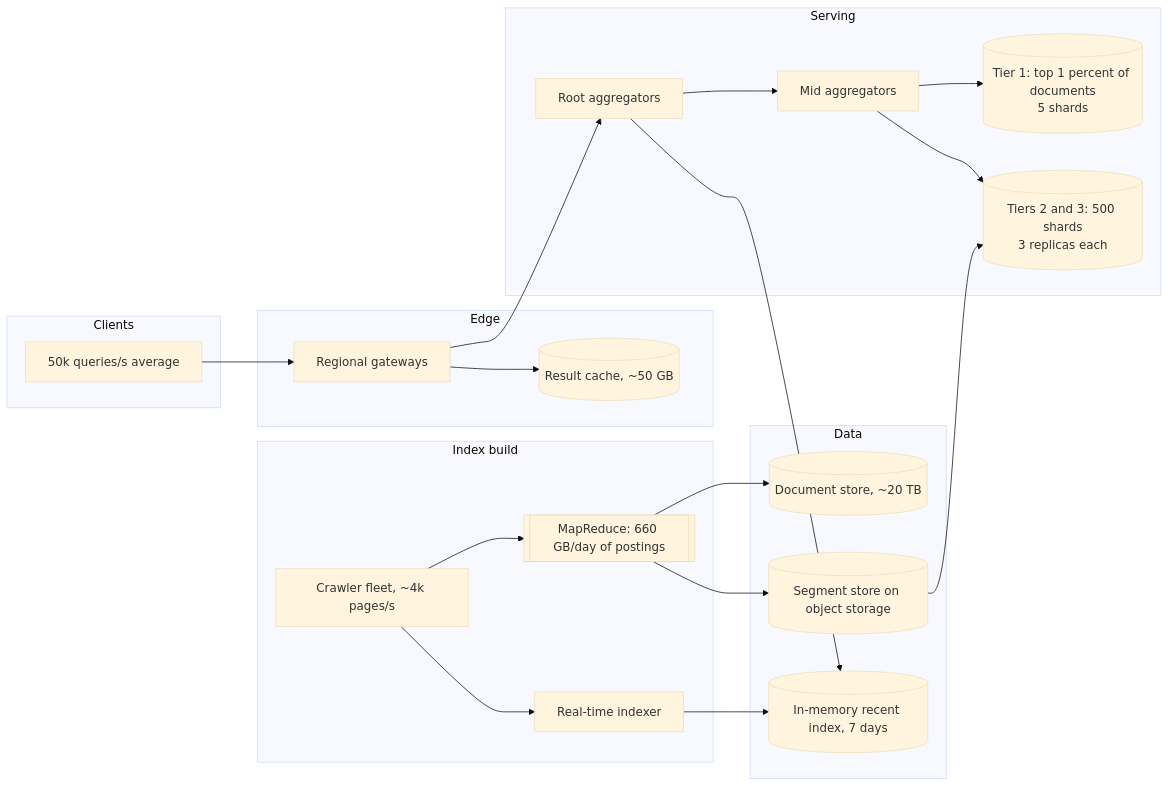
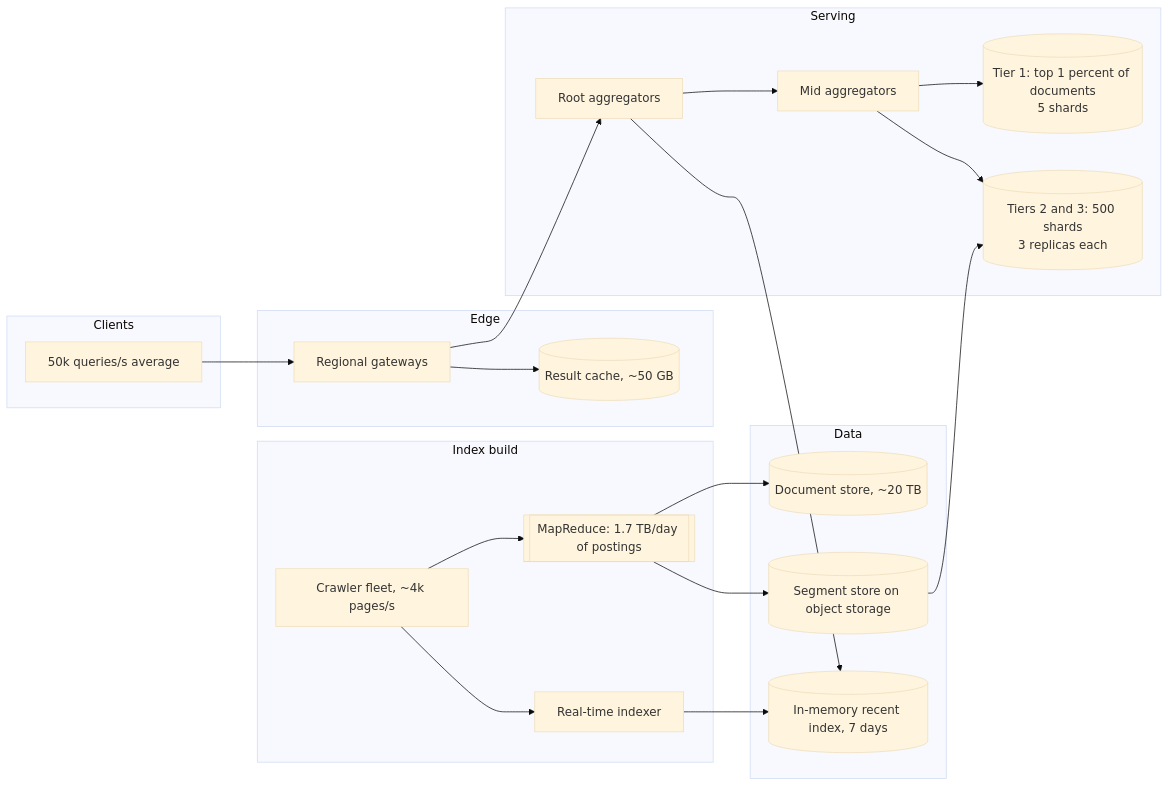
One commit to param087/hld-lld-interview-handbook changed the sixth of 6 diagrams in docs/hld/case-studies/search-engine.md. Above: the diagram before and after it, drawn with Mermaid (base theme). The commit also changed other lines of this file and 25 other files, not shown here.

````diff
--- a/docs/hld/case-studies/search-engine.md
+++ b/docs/hld/case-studies/search-engine.md
@@ -368,34 +368,34 @@
 ```mermaid
 flowchart LR
     subgraph clients["Clients"]
         c_user["50k queries/s average"]
     end
     subgraph edge["Edge"]
         e_cache[("Result cache, ~50 GB")]
         e_gw["Regional gateways"]
     end
     subgraph serve["Serving"]
         v_root["Root aggregators"]
         v_mid["Mid aggregators"]
         v_t1[("Tier 1: top 1 percent of documents<br/>5 shards")]
         v_t2[("Tiers 2 and 3: 500 shards<br/>3 replicas each")]
     end
     subgraph build["Index build"]
         b_crawl["Crawler fleet, ~4k pages/s"]
-        b_mr[["MapReduce: 660 GB/day of postings"]]
+        b_mr[["MapReduce: 1.7 TB/day of postings"]]
         b_rt["Real-time indexer"]
     end
     subgraph data["Data"]
         d_docs[("Document store, ~20 TB")]
         d_seg[("Segment store on object storage")]
         d_rt[("In-memory recent index, 7 days")]
     end
     c_user --> e_gw --> e_cache
     e_gw --> v_root --> v_mid
     v_mid --> v_t1
     v_mid --> v_t2
     v_root --> d_rt
     b_crawl --> b_mr --> d_seg --> v_t2
     b_crawl --> b_rt --> d_rt
     b_mr --> d_docs
 ```
````
